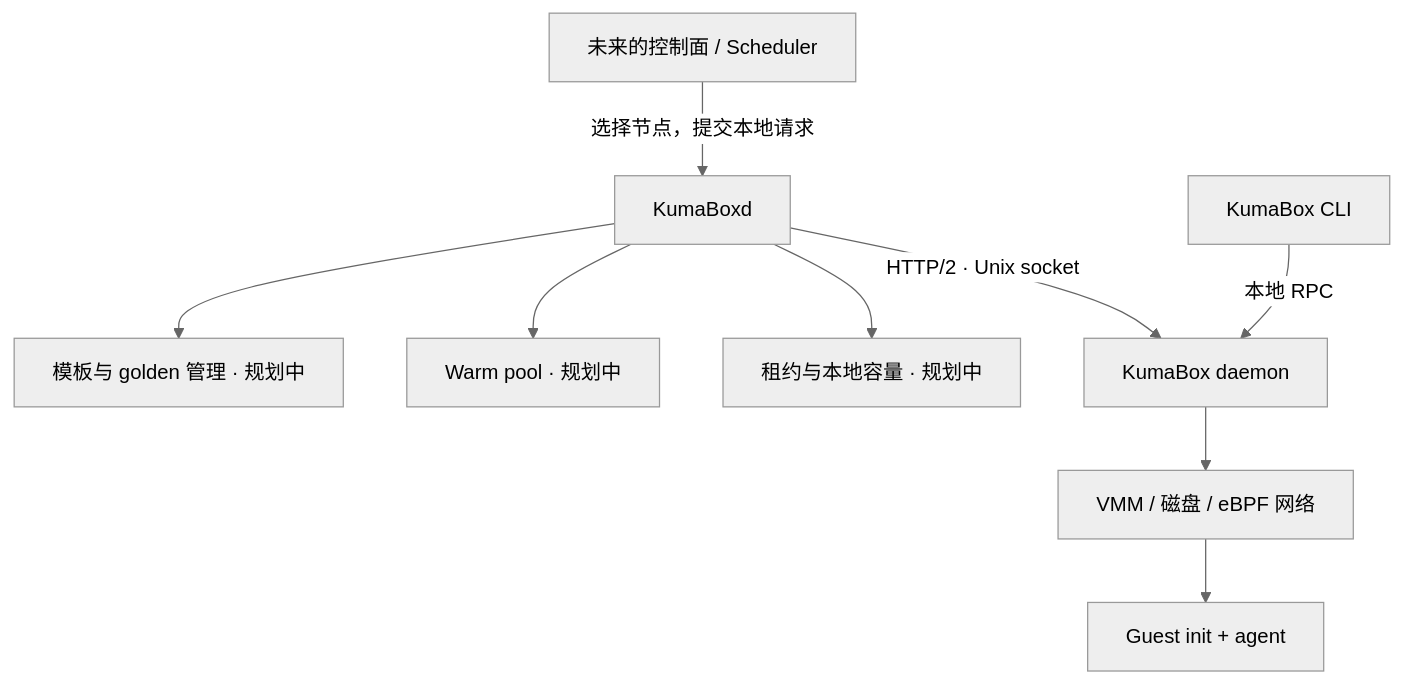
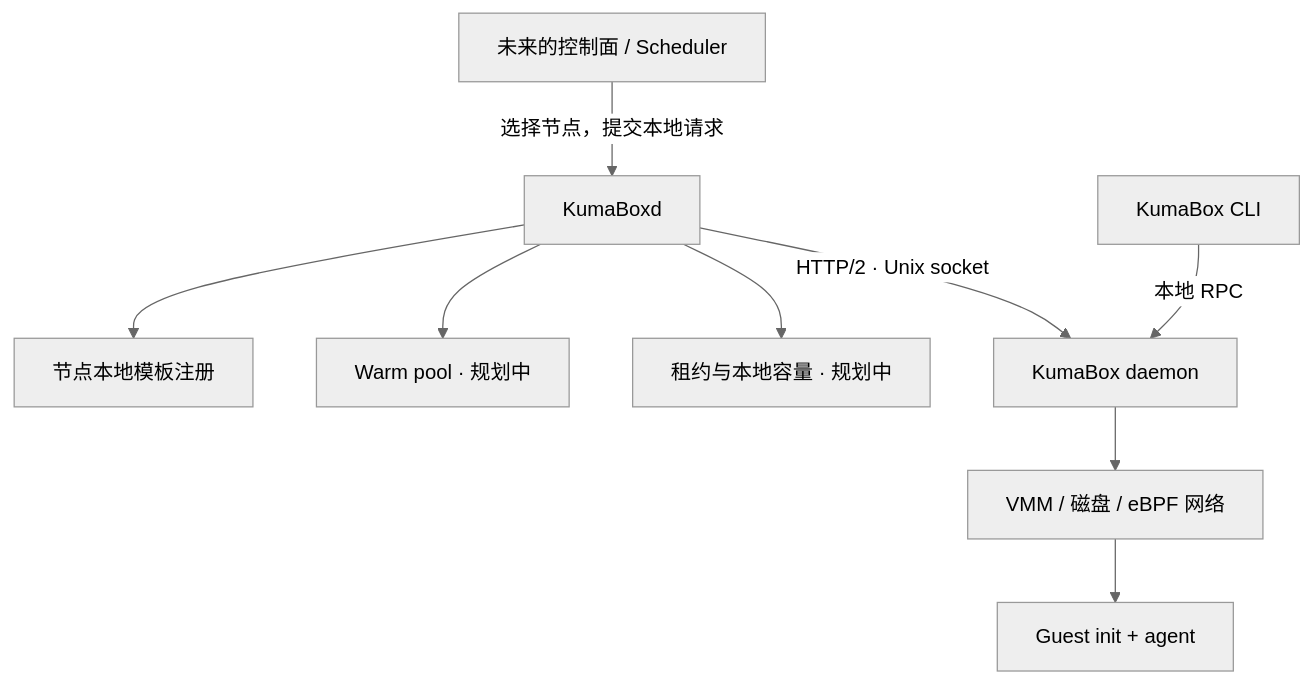
One commit to kgpp34/KumaBoxd changed the diagram in README.md. Above: the diagram before and after it, drawn with Mermaid (neutral theme). The commit also changed other lines of this file and 20 other files, not shown here.

````diff
--- a/README.md
+++ b/README.md
@@ -14,11 +14,11 @@
 ```mermaid
 flowchart TD
     Control[未来的控制面 / Scheduler] -->|选择节点，提交本地请求| Node[KumaBoxd]
-    Node --> Templates[模板与 golden 管理 · 规划中]
+    Node --> Templates[节点本地模板注册]
     Node --> Pool[Warm pool · 规划中]
     Node --> Leases[租约与本地容量 · 规划中]
     Node -->|HTTP/2 · Unix socket| Runtime[KumaBox daemon]
     CLI[KumaBox CLI] -->|本地 RPC| Runtime
     Runtime --> VMM[VMM / 磁盘 / eBPF 网络]
     VMM --> Guest[Guest init + agent]
 ```
````
